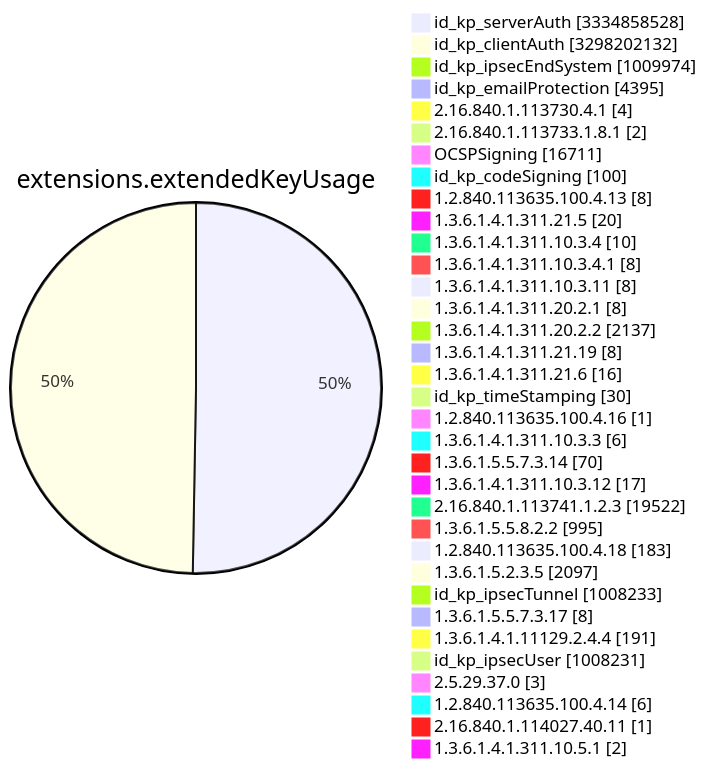
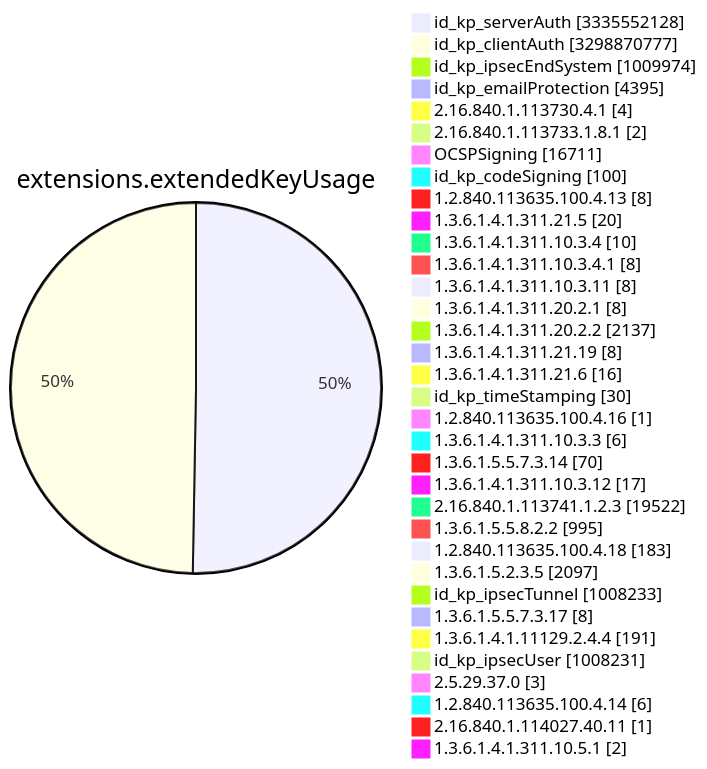
Diagram 11 of 15 in TOTAL/README.md (christiankrug/ctmonitor_visualization), drawn with Mermaid before and after one commit. The commit also changed other lines of this file, not shown here.

````diff
--- a/TOTAL/README.md
+++ b/TOTAL/README.md
@@ -4120,38 +4120,38 @@
 ```mermaid
 pie showData
 title extensions.extendedKeyUsage
-"id_kp_serverAuth" :3334858528
-"id_kp_clientAuth" :3298202132
+"id_kp_serverAuth" :3335552128
+"id_kp_clientAuth" :3298870777
 "id_kp_ipsecEndSystem" :1009974
 "id_kp_emailProtection" :4395
 "2.16.840.1.113730.4.1" :4
 "2.16.840.1.113733.1.8.1" :2
 "OCSPSigning" :16711
 "id_kp_codeSigning" :100
 "1.2.840.113635.100.4.13" :8
 "1.3.6.1.4.1.311.21.5" :20
 "1.3.6.1.4.1.311.10.3.4" :10
 "1.3.6.1.4.1.311.10.3.4.1" :8
 "1.3.6.1.4.1.311.10.3.11" :8
 "1.3.6.1.4.1.311.20.2.1" :8
 "1.3.6.1.4.1.311.20.2.2" :2137
 "1.3.6.1.4.1.311.21.19" :8
 "1.3.6.1.4.1.311.21.6" :16
 "id_kp_timeStamping" :30
 "1.2.840.113635.100.4.16" :1
 "1.3.6.1.4.1.311.10.3.3" :6
 "1.3.6.1.5.5.7.3.14" :70
 "1.3.6.1.4.1.311.10.3.12" :17
 "2.16.840.1.113741.1.2.3" :19522
 "1.3.6.1.5.5.8.2.2" :995
 "1.2.840.113635.100.4.18" :183
 "1.3.6.1.5.2.3.5" :2097
 "id_kp_ipsecTunnel" :1008233
 "1.3.6.1.5.5.7.3.17" :8
 "1.3.6.1.4.1.11129.2.4.4" :191
 "id_kp_ipsecUser" :1008231
 "2.5.29.37.0" :3
 "1.2.840.113635.100.4.14" :6
 "2.16.840.1.114027.40.11" :1
 "1.3.6.1.4.1.311.10.5.1" :2
 ```
````
